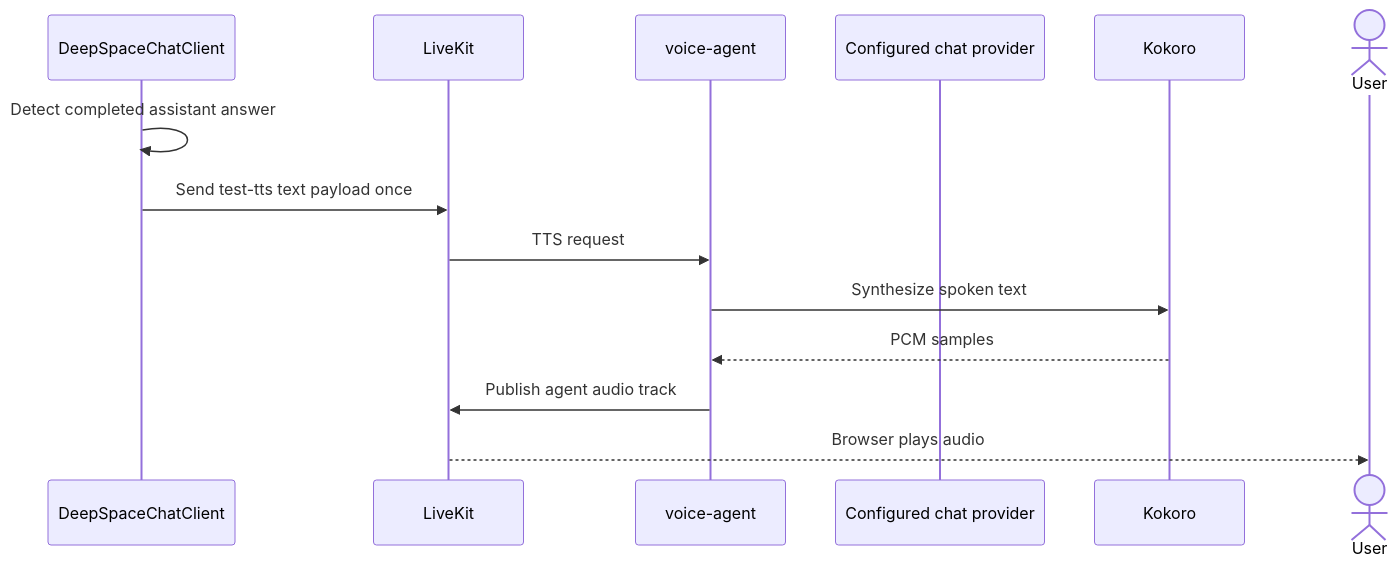
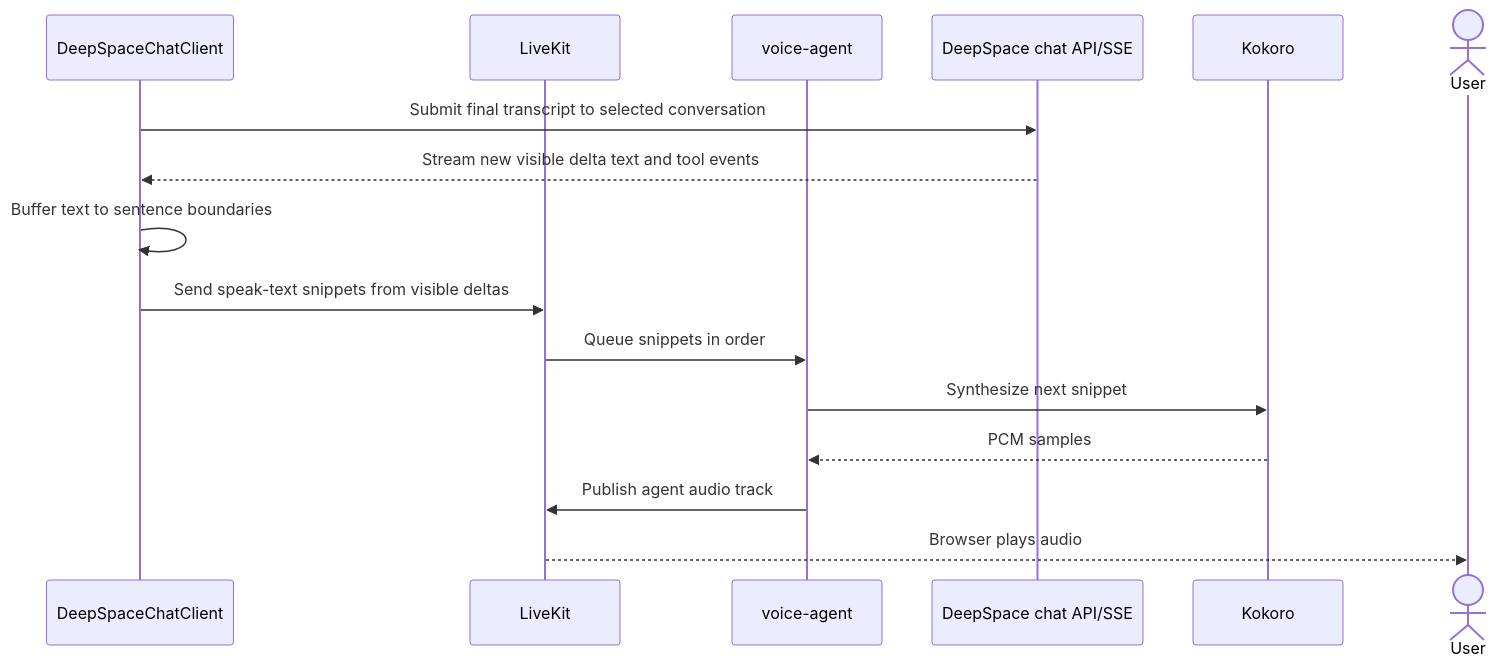
Before and after one commit to sainibhaowal/AverQel: the fourth of 4 diagrams in backend/docs/capabilities/11-voice-and-realtime-audio.md, drawn with Mermaid. The commit also changed other lines of this file and 359 other files, not shown here.

```diff
--- a/backend/docs/capabilities/11-voice-and-realtime-audio.md
+++ b/backend/docs/capabilities/11-voice-and-realtime-audio.md
@@ -225,17 +257,19 @@
 ~~~mermaid
 sequenceDiagram
     participant UI as DeepSpaceChatClient
     participant LK as LiveKit
     participant VA as voice-agent
-    participant Provider as Configured chat provider
+    participant API as DeepSpace chat API/SSE
     participant TTS as Kokoro
     actor User
 
-    UI->>UI: Detect completed assistant answer
-    UI->>LK: Send test-tts text payload once
-    LK->>VA: TTS request
-    VA->>TTS: Synthesize spoken text
+    UI->>API: Submit final transcript to selected conversation
+    API-->>UI: Stream new visible delta text and tool events
+    UI->>UI: Buffer text to sentence boundaries
+    UI->>LK: Send speak-text snippets from visible deltas
+    LK->>VA: Queue snippets in order
+    VA->>TTS: Synthesize next snippet
     TTS-->>VA: PCM samples
     VA->>LK: Publish agent audio track
     LK-->>User: Browser plays audio
 ~~~
```
